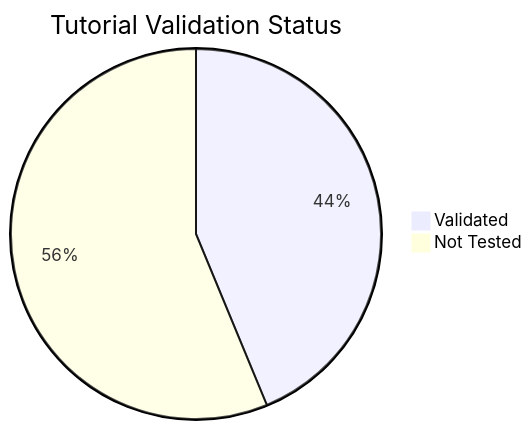
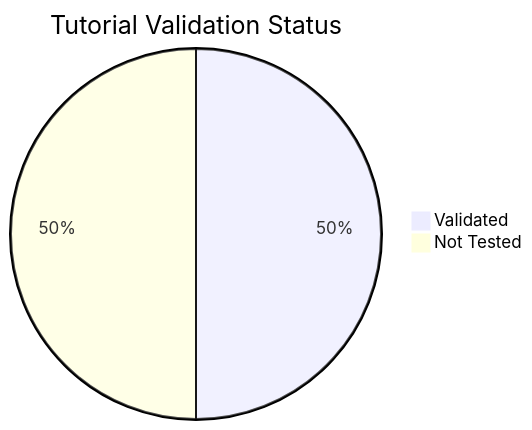
One commit to yeongseon/azure-functions-practical-guide changed the diagram in docs/reference/validation-status.md. Above: the diagram before and after it, drawn with Mermaid. The commit also changed other lines of this file and 7 other files, not shown here.

````diff
--- a/docs/reference/validation-status.md
+++ b/docs/reference/validation-status.md
@@ -17,5 +17,5 @@
 ```mermaid
 pie title Tutorial Validation Status
-    "Validated" : 49
-    "Not Tested" : 63
+    "Validated" : 56
+    "Not Tested" : 56
 ```
````
